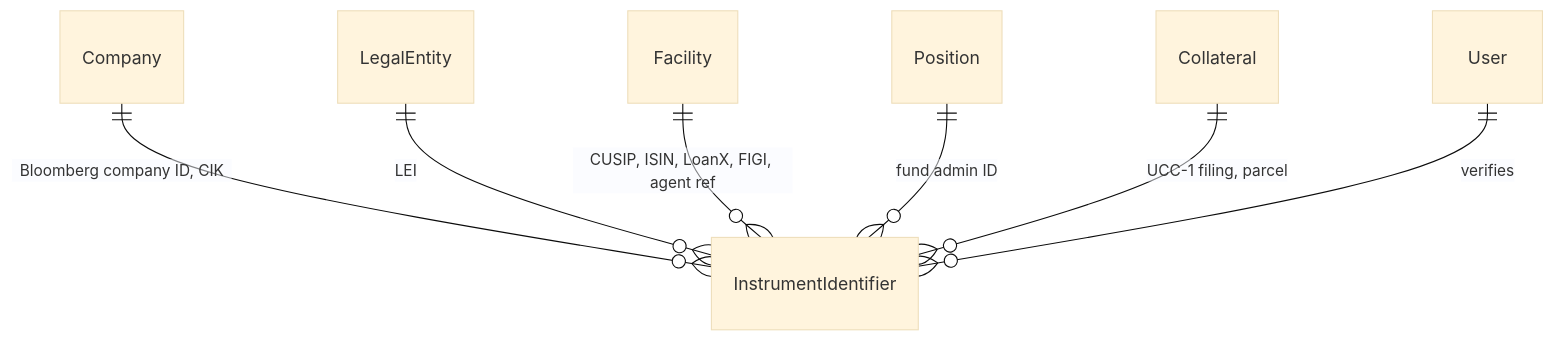
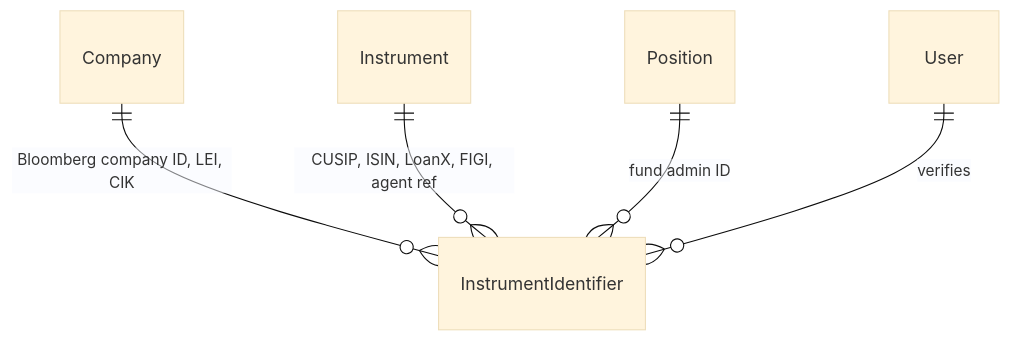
One commit to nighthawk6389/pvt-credit-poc changed the seventh of 7 diagrams in docs/data-model/README.md. Above: the diagram before and after it, drawn with Mermaid (base theme). The commit also changed other lines of this file and 5 other files, not shown here.

````diff
--- a/docs/data-model/README.md
+++ b/docs/data-model/README.md
@@ -191,9 +236,7 @@
 ```mermaid
 erDiagram
-  Company ||--o{ InstrumentIdentifier : "Bloomberg company ID, CIK"
-  LegalEntity ||--o{ InstrumentIdentifier : "LEI"
-  Facility ||--o{ InstrumentIdentifier : "CUSIP, ISIN, LoanX, FIGI, agent ref"
+  Company ||--o{ InstrumentIdentifier : "Bloomberg company ID, LEI, CIK"
+  Instrument ||--o{ InstrumentIdentifier : "CUSIP, ISIN, LoanX, FIGI, agent ref"
   Position ||--o{ InstrumentIdentifier : "fund admin ID"
-  Collateral ||--o{ InstrumentIdentifier : "UCC-1 filing, parcel"
   User ||--o{ InstrumentIdentifier : "verifies"
 ```
````
